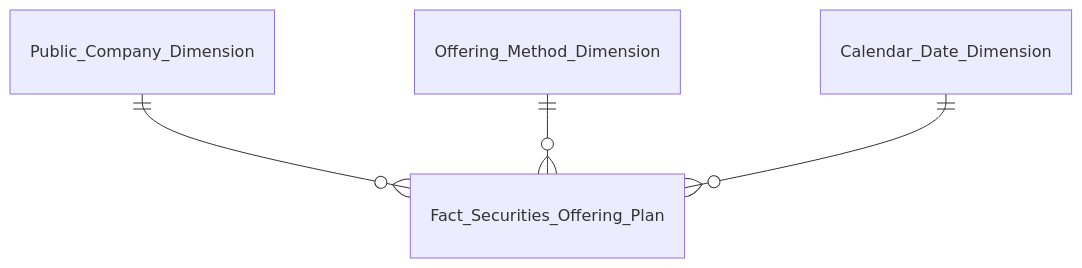
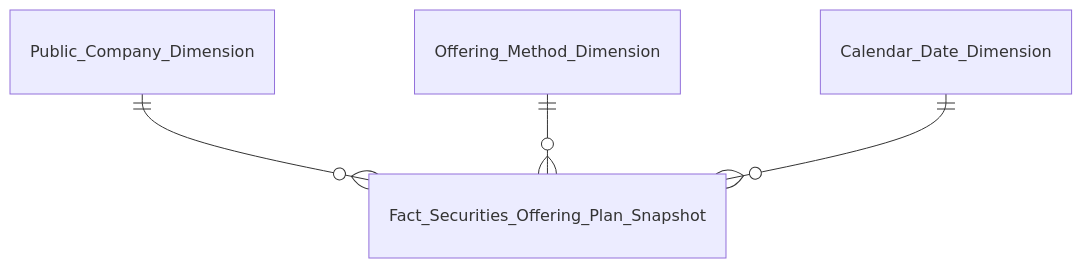
The second of 5 diagrams in Datamart/hld/DTM_QLCB_Entities.md (linhlvit/ubck_atomic_design), drawn with Mermaid before and after one commit. The commit also changed other lines of this file and 14 other files, not shown here.

````diff
--- a/Datamart/hld/DTM_QLCB_Entities.md
+++ b/Datamart/hld/DTM_QLCB_Entities.md
@@ -35,6 +37,6 @@
 ```mermaid
 erDiagram
-    Public_Company_Dimension ||--o{ Fact_Securities_Offering_Plan : " "
-    Offering_Method_Dimension ||--o{ Fact_Securities_Offering_Plan : " "
-    Calendar_Date_Dimension ||--o{ Fact_Securities_Offering_Plan : " "
+    Public_Company_Dimension ||--o{ Fact_Securities_Offering_Plan_Snapshot : " "
+    Offering_Method_Dimension ||--o{ Fact_Securities_Offering_Plan_Snapshot : " "
+    Calendar_Date_Dimension ||--o{ Fact_Securities_Offering_Plan_Snapshot : " "
 ```
````
